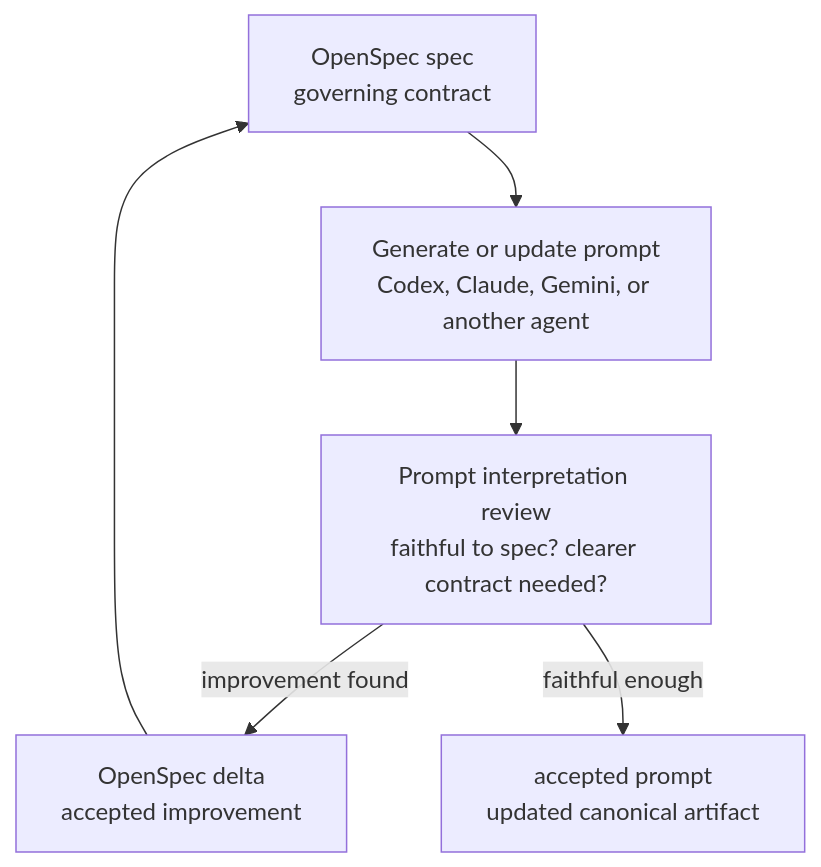
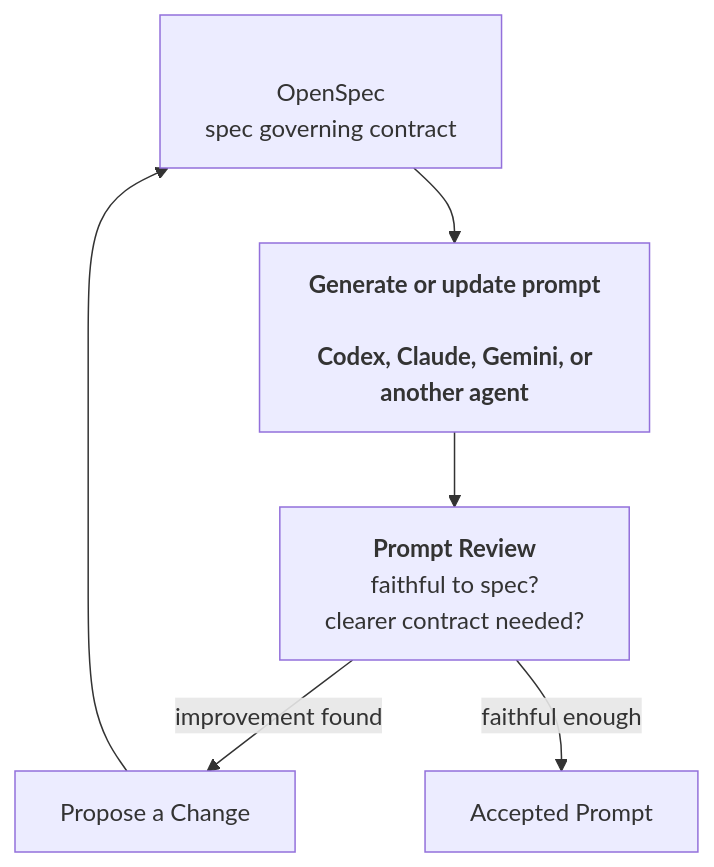
The diagram in README.md (dtcc-platform/udt-platforms-mapping), drawn with Mermaid before and after one commit. The commit also changed other lines of this file, not shown here.

````diff
--- a/README.md
+++ b/README.md
@@ -83,19 +48,14 @@
 ```mermaid
 flowchart TD
-    S["OpenSpec spec
-governing contract"]
-    G["Generate or update prompt
-Codex, Claude, Gemini, or another agent"]
-    V["Prompt interpretation review
-faithful to spec? clearer contract needed?"]
-    D["OpenSpec delta
-accepted improvement"]
-    A["accepted prompt
-updated canonical artifact"]
+    S["<br>OpenSpec</b>\n spec governing contract"]
+    G["<b>Generate or update prompt</br>\n Codex, Claude, Gemini, or another agent"]
+    V["<b>Prompt Review</b>\n faithful to spec?\n clearer contract needed?"]
+    D["Propose a Change"]
+    A["Accepted Prompt"]
 
     S --> G
     G --> V
     V -->|improvement found| D
     D --> S
     V -->|faithful enough| A
 ```
````
